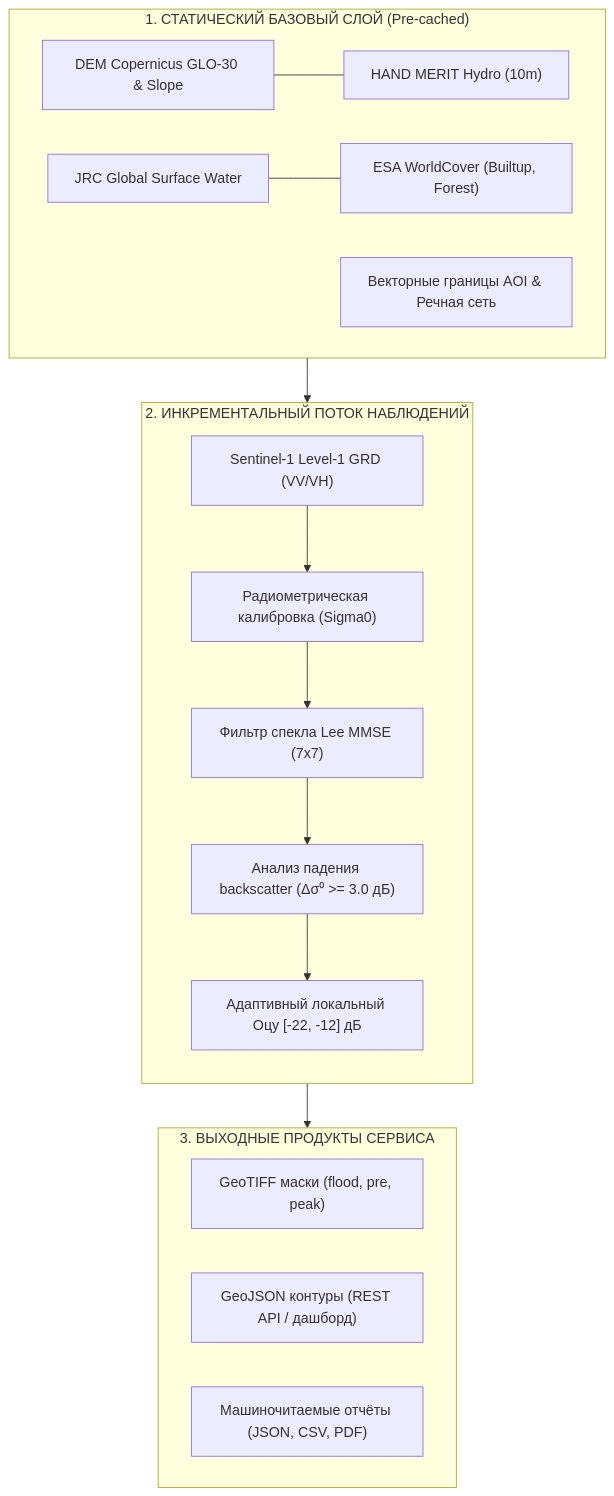
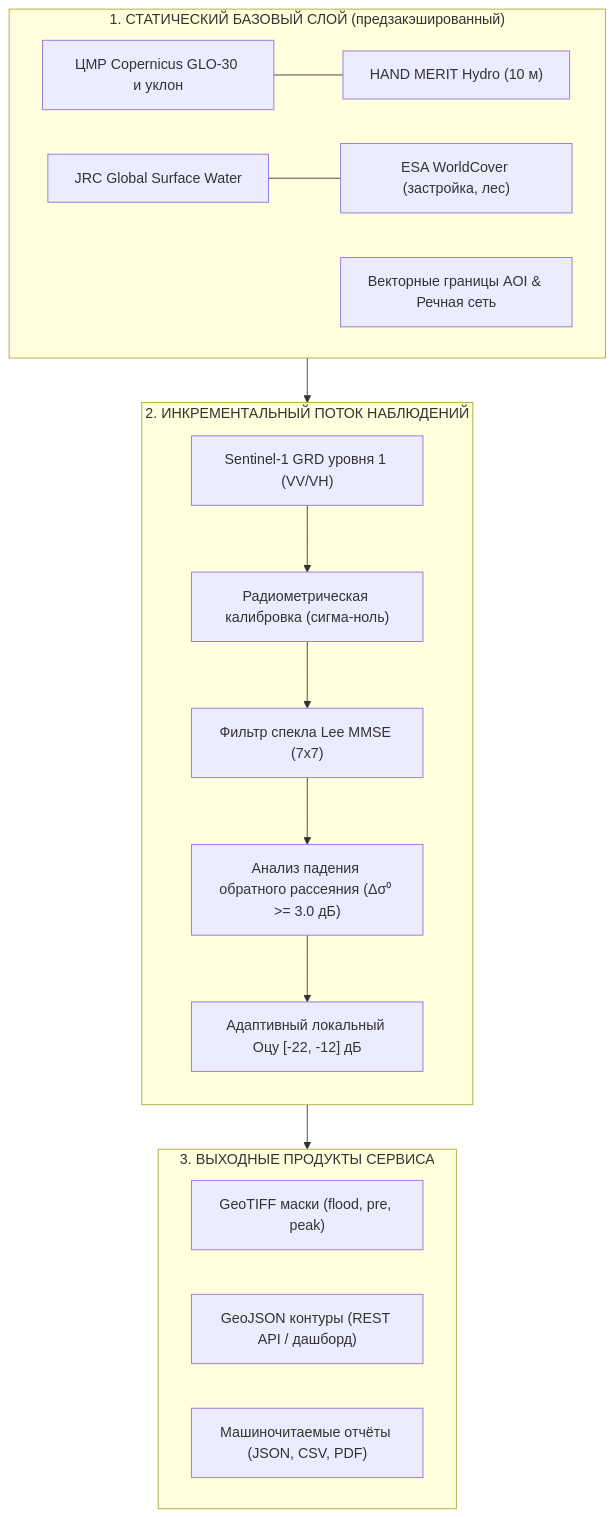
One commit to p4ulbr4dl3y/cosmohack-hydro-2026 changed the second of 4 diagrams in REPORT.md. Above: the diagram before and after it, drawn with Mermaid. The commit also changed other lines of this file and 2 other files, not shown here.

````diff
--- a/REPORT.md
+++ b/REPORT.md
@@ -73,27 +73,27 @@
 ```mermaid
 flowchart TD
-    subgraph S1["1. СТАТИЧЕСКИЙ БАЗОВЫЙ СЛОЙ (Pre-cached)"]
+    subgraph S1["1. СТАТИЧЕСКИЙ БАЗОВЫЙ СЛОЙ (предзакэшированный)"]
         direction LR
-        S1A["DEM Copernicus GLO-30 & Slope"] --- S1B["HAND MERIT Hydro (10m)"]
-        S1C["JRC Global Surface Water"] --- S1D["ESA WorldCover (Builtup, Forest)"]
+        S1A["ЦМР Copernicus GLO-30 и уклон"] --- S1B["HAND MERIT Hydro (10 м)"]
+        S1C["JRC Global Surface Water"] --- S1D["ESA WorldCover (застройка, лес)"]
         S1E["Векторные границы AOI & Речная сеть"]
     end
 
     subgraph S2["2. ИНКРЕМЕНТАЛЬНЫЙ ПОТОК НАБЛЮДЕНИЙ"]
         direction TB
-        S2A["Sentinel-1 Level-1 GRD (VV/VH)"] --> S2B["Радиометрическая калибровка (Sigma0)"]
+        S2A["Sentinel-1 GRD уровня 1 (VV/VH)"] --> S2B["Радиометрическая калибровка (сигма-ноль)"]
         S2B --> S2C["Фильтр спекла Lee MMSE (7x7)"]
-        S2C --> S2D["Анализ падения backscatter (Δσ⁰ >= 3.0 дБ)"]
+        S2C --> S2D["Анализ падения обратного рассеяния (Δσ⁰ >= 3.0 дБ)"]
         S2D --> S2E["Адаптивный локальный Оцу [-22, -12] дБ"]
     end
 
     subgraph S3["3. ВЫХОДНЫЕ ПРОДУКТЫ СЕРВИСА"]
         direction LR
         S3A["GeoTIFF маски (flood, pre, peak)"]
         S3B["GeoJSON контуры (REST API / дашборд)"]
         S3C["Машиночитаемые отчёты (JSON, CSV, PDF)"]
     end
 
     S1 --> S2
     S2 --> S3
 ```
````
